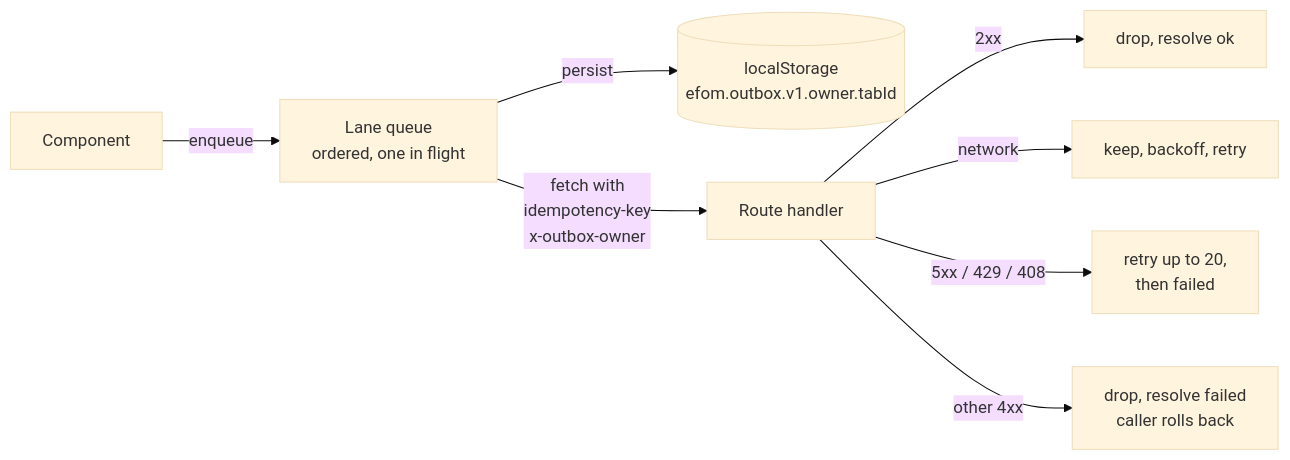
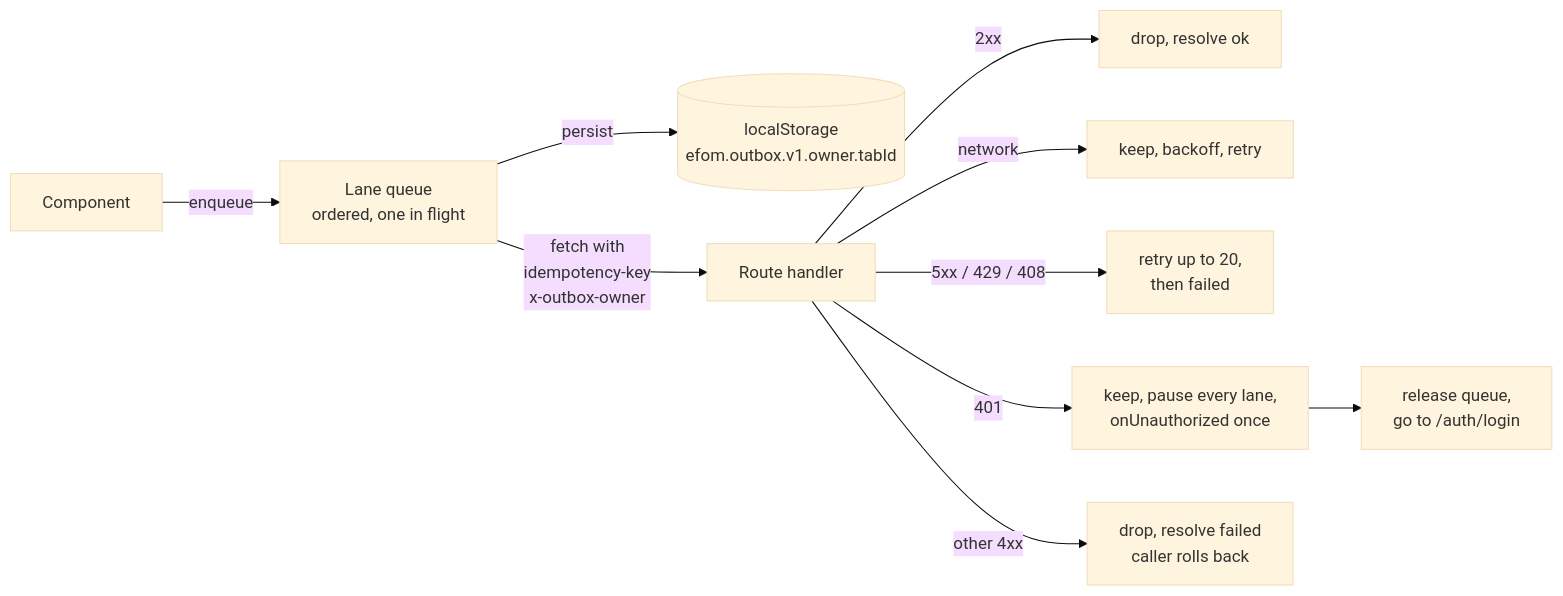
Before and after one commit to NaKMiers/English_For_Only_Me: the second of 2 diagrams in docs/07-auth-infra-testing.md, drawn with Mermaid (base theme). The commit also changed other lines of this file and 181 other files, not shown here.

First line of the commit message:
feat(auth): require Google sign-in, add /auth/login, remove guest mode

````diff
--- a/docs/07-auth-infra-testing.md
+++ b/docs/07-auth-infra-testing.md
@@ -563,10 +538,12 @@
 ```mermaid
 graph LR
   UI[Component] -->|enqueue| L[Lane queue<br/>ordered, one in flight]
   L -->|persist| S[(localStorage<br/>efom.outbox.v1.owner.tabId)]
   L -->|fetch with<br/>idempotency-key<br/>x-outbox-owner| API[Route handler]
   API -->|2xx| OK[drop, resolve ok]
   API -->|network| R[keep, backoff, retry]
   API -->|5xx / 429 / 408| R2[retry up to 20,<br/>then failed]
+  API -->|401| U[keep, pause every lane,<br/>onUnauthorized once]
+  U --> LG[release queue,<br/>go to /auth/login]
   API -->|other 4xx| F[drop, resolve failed<br/>caller rolls back]
 ```
````
